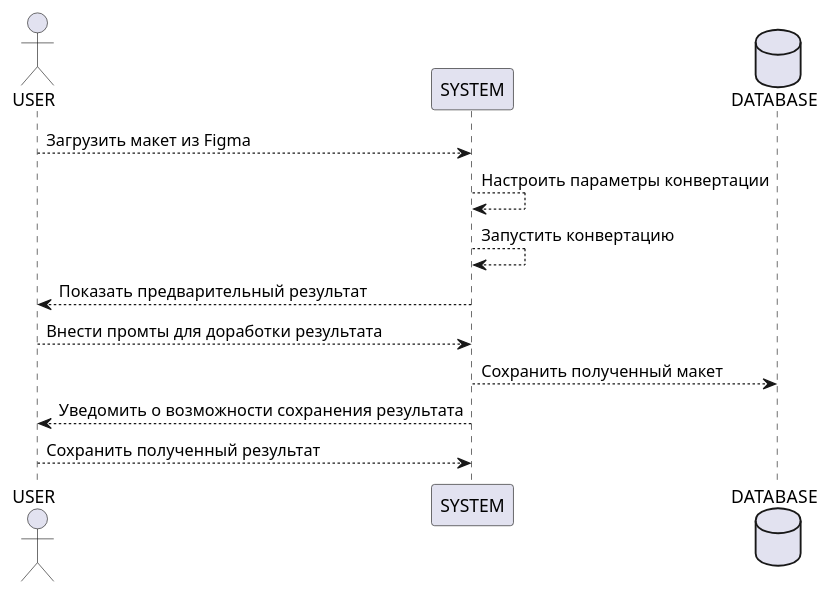
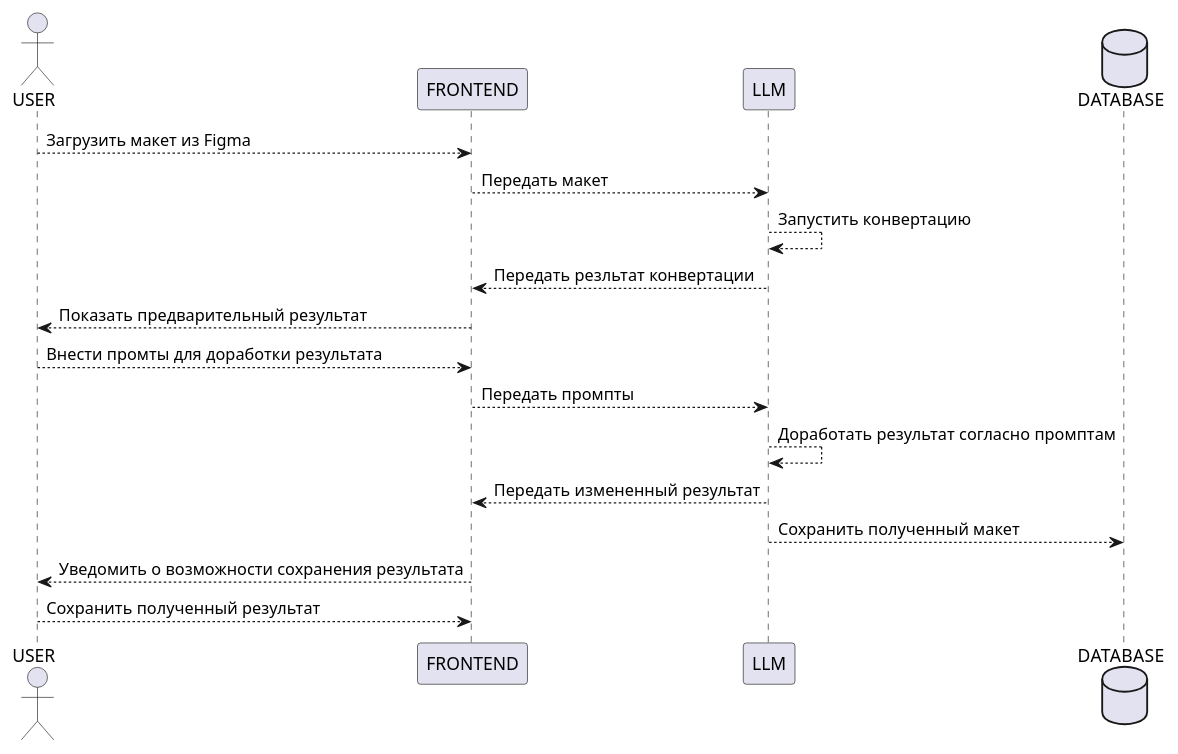
The diagram in FirstStep/Diagrams.md (SorryForDeath/ITMOmpi), drawn with PlantUML before and after one commit. The commit also changed other lines of this file, not shown here.

```diff
--- a/FirstStep/Diagrams.md
+++ b/FirstStep/Diagrams.md
@@ -2,15 +1,18 @@
 @startuml
 actor USER 
-participant SYSTEM 
+participant FRONTEND 
+participant LLM
 database DATABASE
-
-USER --> SYSTEM: Загрузить макет из Figma
-SYSTEM --> SYSTEM: Настроить параметры конвертации
-SYSTEM --> SYSTEM: Запустить конвертацию
-SYSTEM --> USER: Показать предварительный результат
-USER --> SYSTEM: Внести промты для доработки результата
-SYSTEM --> DATABASE: Сохранить полученный макет
-SYSTEM --> USER: Уведомить о возможности сохранения результата
-USER --> SYSTEM: Сохранить полученный результат
-
+USER --> FRONTEND: Загрузить макет из Figma
+FRONTEND --> LLM: Передать макет
+LLM --> LLM: Запустить конвертацию
+LLM --> FRONTEND: Передать резльтат конвертации
+FRONTEND --> USER: Показать предварительный результат
+USER --> FRONTEND: Внести промты для доработки результата
+FRONTEND --> LLM: Передать промпты
+LLM --> LLM: Доработать результат согласно промптам
+LLM --> FRONTEND: Передать измененный результат
+LLM --> DATABASE: Сохранить полученный макет
+FRONTEND --> USER: Уведомить о возможности сохранения результата
+USER --> FRONTEND: Сохранить полученный результат
 @enduml
```
